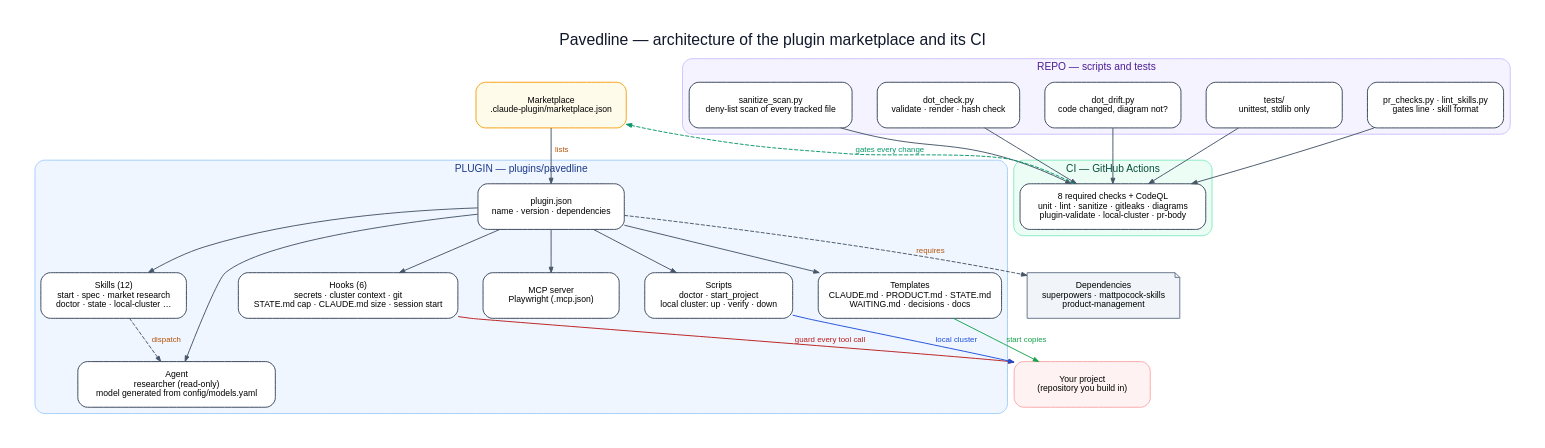
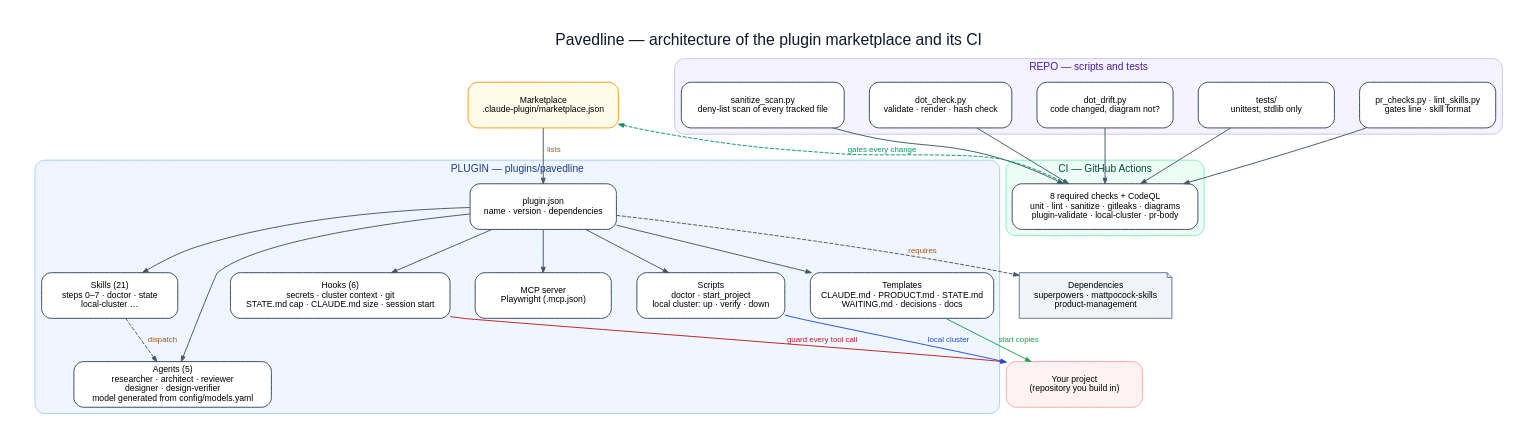
Before and after one commit to Marwan-G/pavedline: the diagram in ARCHITECTURE.dot, drawn with Graphviz. The commit also changed 66 other files, not shown here.

```diff
--- a/ARCHITECTURE.dot
+++ b/ARCHITECTURE.dot
@@ -1,51 +1,51 @@
 // Pavedline — architecture of the factory itself. Source of truth for ARCHITECTURE.svg; explained in docs/architecture.md.
 // Validate + render: python3 scripts/dot_check.py   Check: python3 scripts/dot_check.py --check
 digraph architecture {
   graph [rankdir=TB, fontname="Helvetica", bgcolor="white", pad=0.4, nodesep=0.45, ranksep=0.6, newrank=true,
          label="Pavedline — architecture of the plugin marketplace and its CI",
          labelloc=t, fontsize=20, fontcolor="#0F172A"];
   node  [shape=box, style="rounded,filled", fontname="Helvetica", fontsize=11, color="#334155",
          fillcolor="#FFFFFF", penwidth=1.2, width=2.4, height=0.8];
   edge  [fontname="Helvetica", fontsize=10, color="#475569", arrowsize=0.7, penwidth=1.2, fontcolor="#B45309"];
 
   market [label="Marketplace\n.claude-plugin/marketplace.json", fillcolor="#FFFBEB", color="#F59E0B"];
   deps   [label="Dependencies\nsuperpowers · mattpocock-skills\nproduct-management", shape=note, fillcolor="#F1F5F9", color="#64748B"];
 
   subgraph cluster_plugin {
     label="PLUGIN — plugins/pavedline"; style="rounded,filled"; fillcolor="#EFF6FF"; color="#93C5FD"; fontcolor="#1E3A8A"; fontsize=13;
     manifest  [label="plugin.json\nname · version · dependencies"];
-    skills    [label="Skills (12)\nstart · spec · market research\ndoctor · state · local-cluster …"];
-    agents    [label="Agent\nresearcher (read-only)\nmodel generated from config/models.yaml"];
+    skills    [label="Skills (21)\nsteps 0–7 · doctor · state\nlocal-cluster …"];
+    agents    [label="Agents (5)\nresearcher · architect · reviewer\ndesigner · design-verifier\nmodel generated from config/models.yaml"];
     hooks     [label="Hooks (6)\nsecrets · cluster context · git\nSTATE.md cap · CLAUDE.md size · session start"];
     mcp       [label="MCP server\nPlaywright (.mcp.json)"];
     scripts   [label="Scripts\ndoctor · start_project\nlocal cluster: up · verify · down"];
     templates [label="Templates\nCLAUDE.md · PRODUCT.md · STATE.md\nWAITING.md · decisions · docs"];
   }
 
   subgraph cluster_repo {
     label="REPO — scripts and tests"; style="rounded,filled"; fillcolor="#F5F3FF"; color="#C4B5FD"; fontcolor="#4C1D95"; fontsize=13;
     sanitize [label="sanitize_scan.py\ndeny-list scan of every tracked file"];
     dotcheck [label="dot_check.py\nvalidate · render · hash check"];
     dotdrift [label="dot_drift.py\ncode changed, diagram not?"];
     tests    [label="tests/\nunittest, stdlib only"];
     prcheck  [label="pr_checks.py · lint_skills.py\ngates line · skill format"];
   }
 
   subgraph cluster_ci {
     label="CI — GitHub Actions"; style="rounded,filled"; fillcolor="#ECFDF5"; color="#6EE7B7"; fontcolor="#064E3B"; fontsize=13;
     ci [label="8 required checks + CodeQL\nunit · lint · sanitize · gitleaks · diagrams\nplugin-validate · local-cluster · pr-body"];
   }
 
   user [label="Your project\n(repository you build in)", fillcolor="#FEF2F2", color="#FCA5A5"];
 
   market -> manifest [label=" lists "];
   manifest -> deps [label=" requires ", style=dashed];
   manifest -> skills; manifest -> agents; manifest -> hooks; manifest -> mcp; manifest -> templates; manifest -> scripts;
   templates -> user [label=" start copies ", color="#16A34A", fontcolor="#16A34A"];
   hooks -> user [label=" guard every tool call ", color="#B91C1C", fontcolor="#B91C1C"];
   scripts -> user [label=" local cluster ", color="#1D4ED8", fontcolor="#1D4ED8"];
   skills -> agents [label=" dispatch ", style=dashed];
 
   sanitize -> ci; dotcheck -> ci; dotdrift -> ci; tests -> ci; prcheck -> ci;
   ci -> market [label=" gates every change ", style=dashed, color="#059669", fontcolor="#059669", constraint=false];
 }
```
